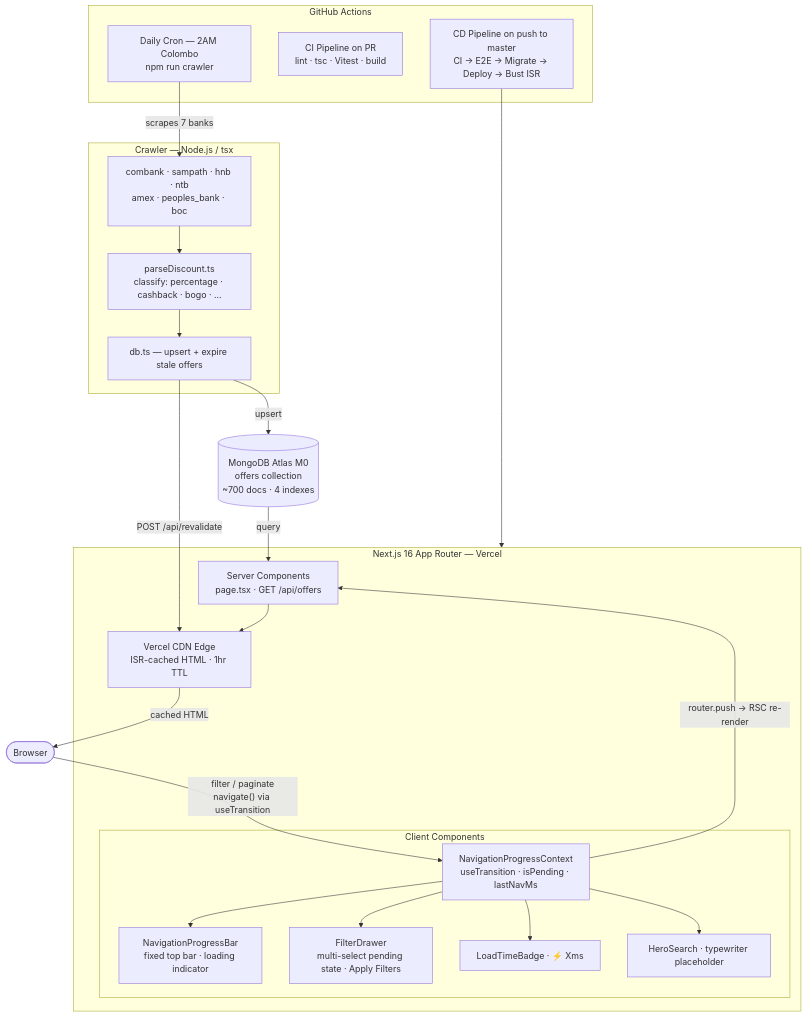
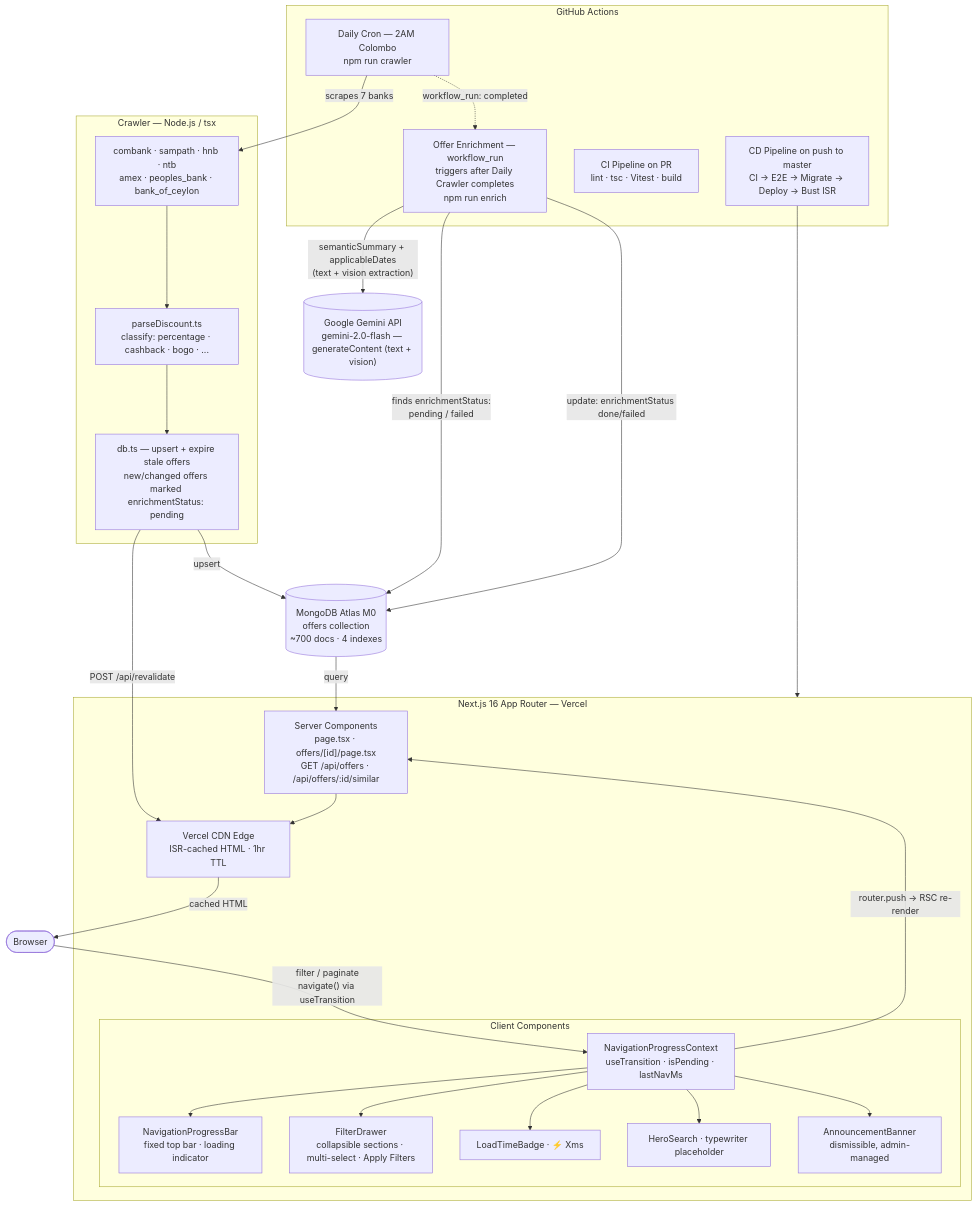
Before and after one commit to chamirusenarath96/card-max: the first of 8 diagrams in README.md, drawn with Mermaid. The commit also changed other lines of this file, not shown here.

````diff
--- a/README.md
+++ b/README.md
@@ -54,39 +57,47 @@
 ```mermaid
 graph TD
     subgraph GHA["GitHub Actions"]
         CRON["Daily Cron — 2AM Colombo\nnpm run crawler"]
+        ENRICH["Offer Enrichment — workflow_run\ntriggers after Daily Crawler completes\nnpm run enrich"]
         CI_PR["CI Pipeline on PR\nlint · tsc · Vitest · build"]
         CD["CD Pipeline on push to master\nCI → E2E → Migrate → Deploy → Bust ISR"]
     end
 
     subgraph CR["Crawler — Node.js / tsx"]
-        BANKS["combank · sampath · hnb · ntb\namex · peoples_bank · boc"]
+        BANKS["combank · sampath · hnb · ntb\namex · peoples_bank · bank_of_ceylon"]
         PARSE["parseDiscount.ts\nclassify: percentage · cashback · bogo · ..."]
-        DBU["db.ts — upsert + expire stale offers"]
+        DBU["db.ts — upsert + expire stale offers\nnew/changed offers marked enrichmentStatus: pending"]
     end
+
+    GEMINI[("Google Gemini API\ngemini-2.0-flash — generateContent (text + vision)")]
 
     DB[("MongoDB Atlas M0\noffers collection\n~700 docs · 4 indexes")]
 
     subgraph VR["Next.js 16 App Router — Vercel"]
         EDGE["Vercel CDN Edge\nISR-cached HTML · 1hr TTL"]
-        SRV["Server Components\npage.tsx · GET /api/offers"]
+        SRV["Server Components\npage.tsx · offers/[id]/page.tsx\nGET /api/offers · /api/offers/:id/similar"]
         subgraph CLI["Client Components"]
             NPC["NavigationProgressContext\nuseTransition · isPending · lastNavMs"]
             NPB["NavigationProgressBar\nfixed top bar · loading indicator"]
-            FD["FilterDrawer\nmulti-select pending state · Apply Filters"]
+            FD["FilterDrawer\ncollapsible sections · multi-select · Apply Filters"]
             LTB["LoadTimeBadge · ⚡ Xms"]
             HS["HeroSearch · typewriter placeholder"]
+            AB["AnnouncementBanner\ndismissible, admin-managed"]
         end
     end
 
     BROWSER(["Browser"])
 
     CRON -->|"scrapes 7 banks"| BANKS
     BANKS --> PARSE --> DBU -->|"upsert"| DB
     DBU -->|"POST /api/revalidate"| EDGE
+    CRON -.->|"workflow_run: completed"| ENRICH
+    ENRICH -->|"finds enrichmentStatus:\npending / failed"| DB
+    ENRICH -->|"semanticSummary + applicableDates\n(text + vision extraction)"| GEMINI
+    ENRICH -->|"update: enrichmentStatus done/failed"| DB
     DB -->|"query"| SRV --> EDGE -->|"cached HTML"| BROWSER
     CD --> VR
     BROWSER -->|"filter / paginate\nnavigate() via useTransition"| NPC
-    NPC --> NPB & FD & LTB & HS
+    NPC --> NPB & FD & LTB & HS & AB
     NPC -->|"router.push → RSC re-render"| SRV
 ```
````
